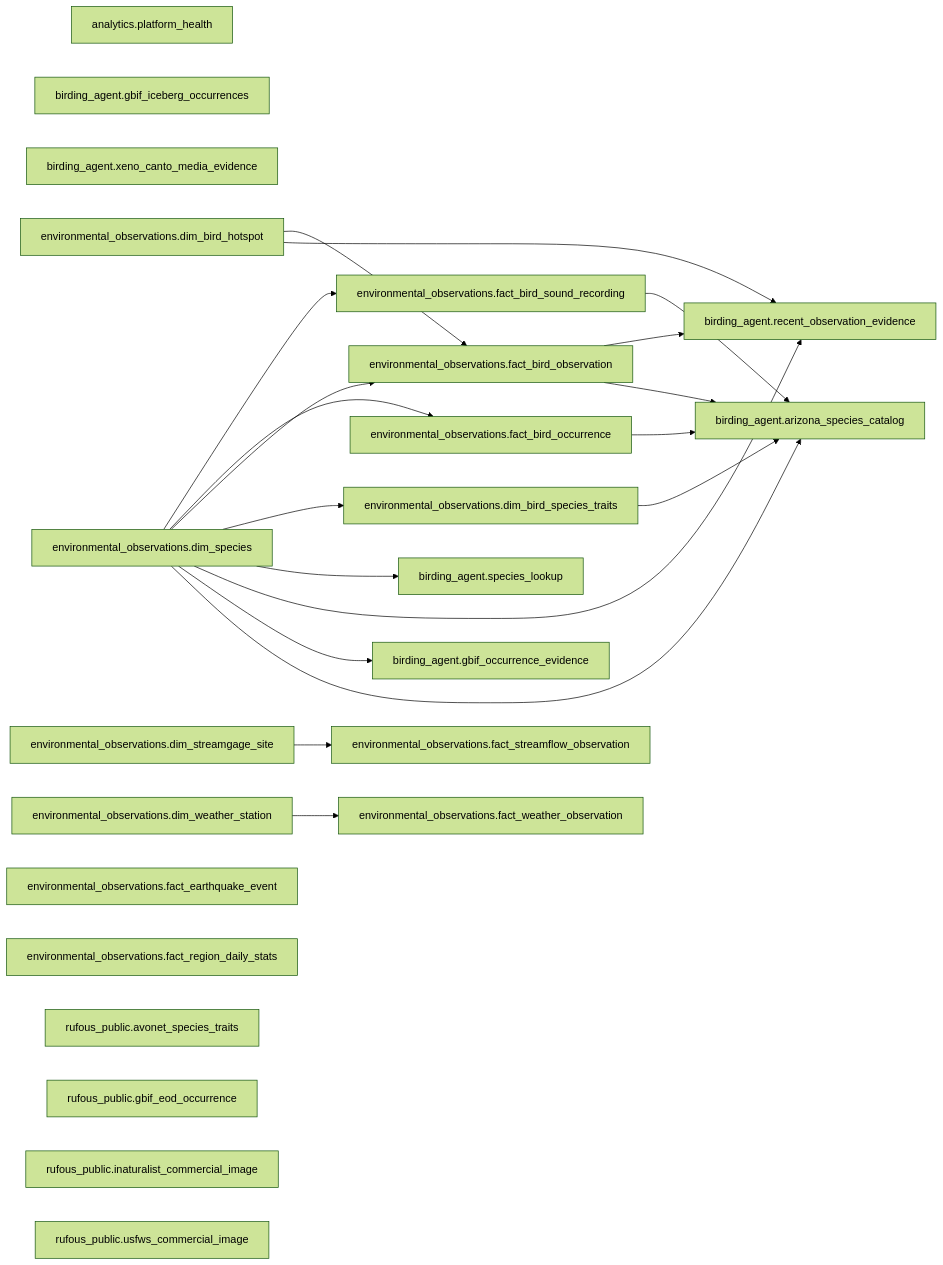
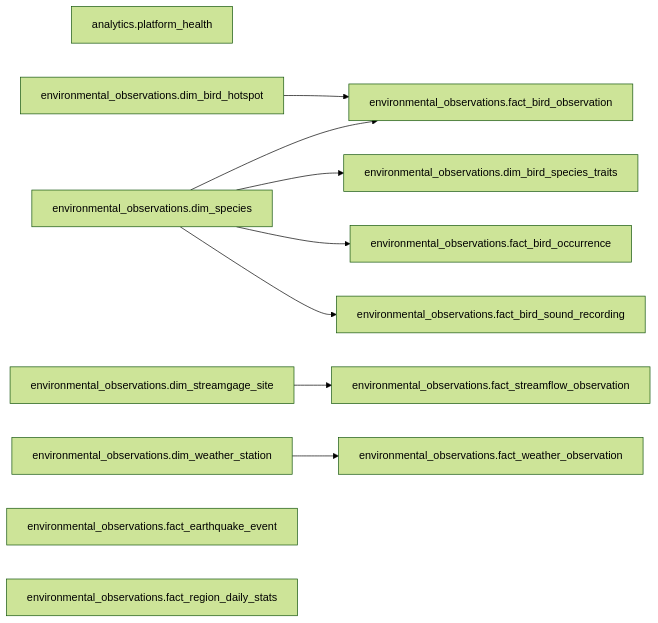
Before and after one commit to Doctacon/databox: the diagram in docs/dictionary/lineage.md, drawn with Mermaid (forest theme). The commit also changed 428 other files, not shown here.

````diff
--- a/docs/dictionary/lineage.md
+++ b/docs/dictionary/lineage.md
@@ -5,67 +5,37 @@
 ```mermaid
 graph LR
     n0["analytics.platform_health"]
-    n1["birding_agent.arizona_species_catalog"]
-    n2["birding_agent.gbif_iceberg_occurrences"]
-    n3["birding_agent.gbif_occurrence_evidence"]
-    n4["birding_agent.recent_observation_evidence"]
-    n5["birding_agent.species_lookup"]
-    n6["birding_agent.xeno_canto_media_evidence"]
-    n7["environmental_observations.dim_bird_hotspot"]
-    n8["environmental_observations.dim_bird_species_traits"]
-    n9["environmental_observations.dim_species"]
-    n10["environmental_observations.dim_streamgage_site"]
-    n11["environmental_observations.dim_weather_station"]
-    n12["environmental_observations.fact_bird_observation"]
-    n13["environmental_observations.fact_bird_occurrence"]
-    n14["environmental_observations.fact_bird_sound_recording"]
-    n15["environmental_observations.fact_earthquake_event"]
-    n16["environmental_observations.fact_region_daily_stats"]
-    n17["environmental_observations.fact_streamflow_observation"]
-    n18["environmental_observations.fact_weather_observation"]
-    n19["rufous_public.avonet_species_traits"]
-    n20["rufous_public.gbif_eod_occurrence"]
-    n21["rufous_public.inaturalist_commercial_image"]
-    n22["rufous_public.usfws_commercial_image"]
-    n8 --> n1
-    n9 --> n1
-    n12 --> n1
-    n13 --> n1
-    n14 --> n1
-    n9 --> n3
-    n7 --> n4
-    n9 --> n4
-    n12 --> n4
-    n9 --> n5
-    n9 --> n8
-    n7 --> n12
-    n9 --> n12
-    n9 --> n13
-    n9 --> n14
-    n10 --> n17
-    n11 --> n18
+    n1["environmental_observations.dim_bird_hotspot"]
+    n2["environmental_observations.dim_bird_species_traits"]
+    n3["environmental_observations.dim_species"]
+    n4["environmental_observations.dim_streamgage_site"]
+    n5["environmental_observations.dim_weather_station"]
+    n6["environmental_observations.fact_bird_observation"]
+    n7["environmental_observations.fact_bird_occurrence"]
+    n8["environmental_observations.fact_bird_sound_recording"]
+    n9["environmental_observations.fact_earthquake_event"]
+    n10["environmental_observations.fact_region_daily_stats"]
+    n11["environmental_observations.fact_streamflow_observation"]
+    n12["environmental_observations.fact_weather_observation"]
+    n3 --> n2
+    n1 --> n6
+    n3 --> n6
+    n3 --> n7
+    n3 --> n8
+    n4 --> n11
+    n5 --> n12
 
     click n0 "analytics/platform_health.md"
-    click n1 "birding_agent/arizona_species_catalog.md"
-    click n2 "birding_agent/gbif_iceberg_occurrences.md"
-    click n3 "birding_agent/gbif_occurrence_evidence.md"
-    click n4 "birding_agent/recent_observation_evidence.md"
-    click n5 "birding_agent/species_lookup.md"
-    click n6 "birding_agent/xeno_canto_media_evidence.md"
-    click n7 "environmental_observations/dim_bird_hotspot.md"
-    click n8 "environmental_observations/dim_bird_species_traits.md"
-    click n9 "environmental_observations/dim_species.md"
-    click n10 "environmental_observations/dim_streamgage_site.md"
-    click n11 "environmental_observations/dim_weather_station.md"
-    click n12 "environmental_observations/fact_bird_observation.md"
-    click n13 "environmental_observations/fact_bird_occurrence.md"
-    click n14 "environmental_observations/fact_bird_sound_recording.md"
-    click n15 "environmental_observations/fact_earthquake_event.md"
-    click n16 "environmental_observations/fact_region_daily_stats.md"
-    click n17 "environmental_observations/fact_streamflow_observation.md"
-    click n18 "environmental_observations/fact_weather_observation.md"
-    click n19 "rufous_public/avonet_species_traits.md"
-    click n20 "rufous_public/gbif_eod_occurrence.md"
-    click n21 "rufous_public/inaturalist_commercial_image.md"
-    click n22 "rufous_public/usfws_commercial_image.md"
+    click n1 "environmental_observations/dim_bird_hotspot.md"
+    click n2 "environmental_observations/dim_bird_species_traits.md"
+    click n3 "environmental_observations/dim_species.md"
+    click n4 "environmental_observations/dim_streamgage_site.md"
+    click n5 "environmental_observations/dim_weather_station.md"
+    click n6 "environmental_observations/fact_bird_observation.md"
+    click n7 "environmental_observations/fact_bird_occurrence.md"
+    click n8 "environmental_observations/fact_bird_sound_recording.md"
+    click n9 "environmental_observations/fact_earthquake_event.md"
+    click n10 "environmental_observations/fact_region_daily_stats.md"
+    click n11 "environmental_observations/fact_streamflow_observation.md"
+    click n12 "environmental_observations/fact_weather_observation.md"
 ```
````
